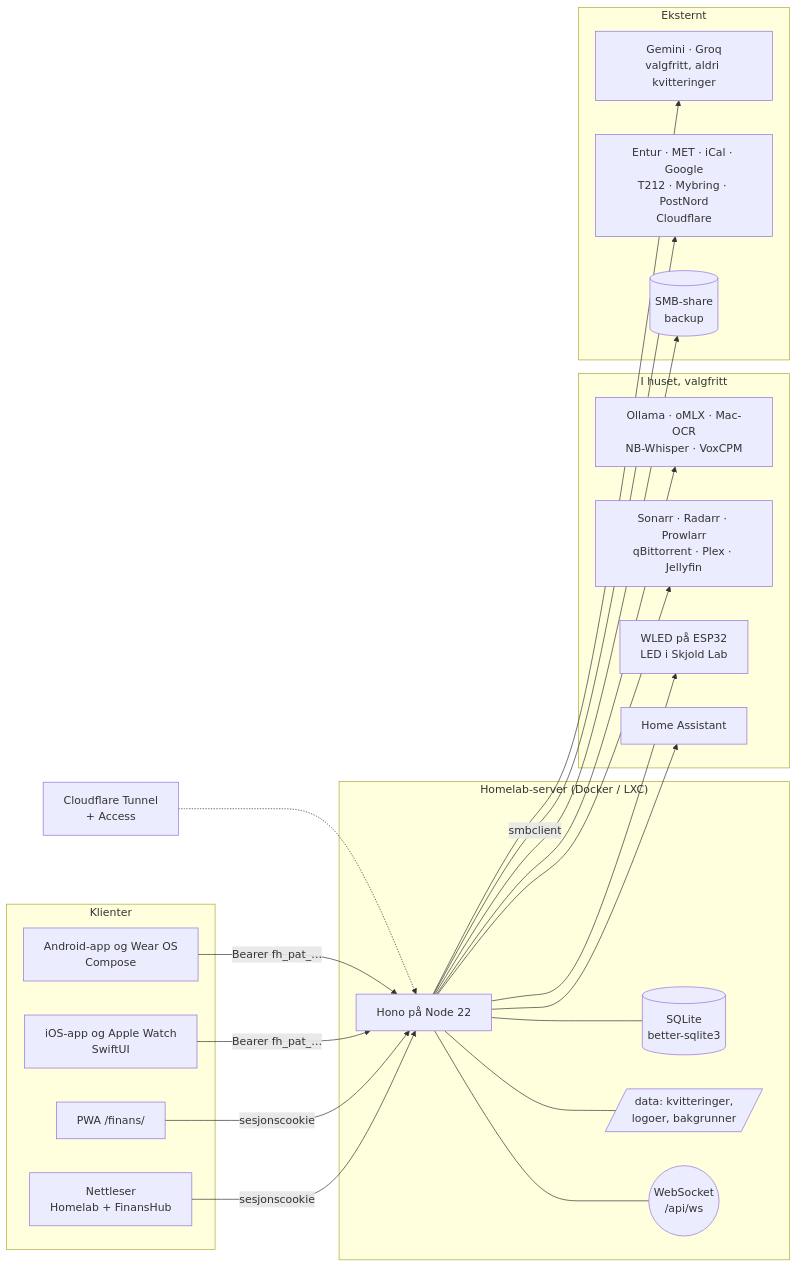
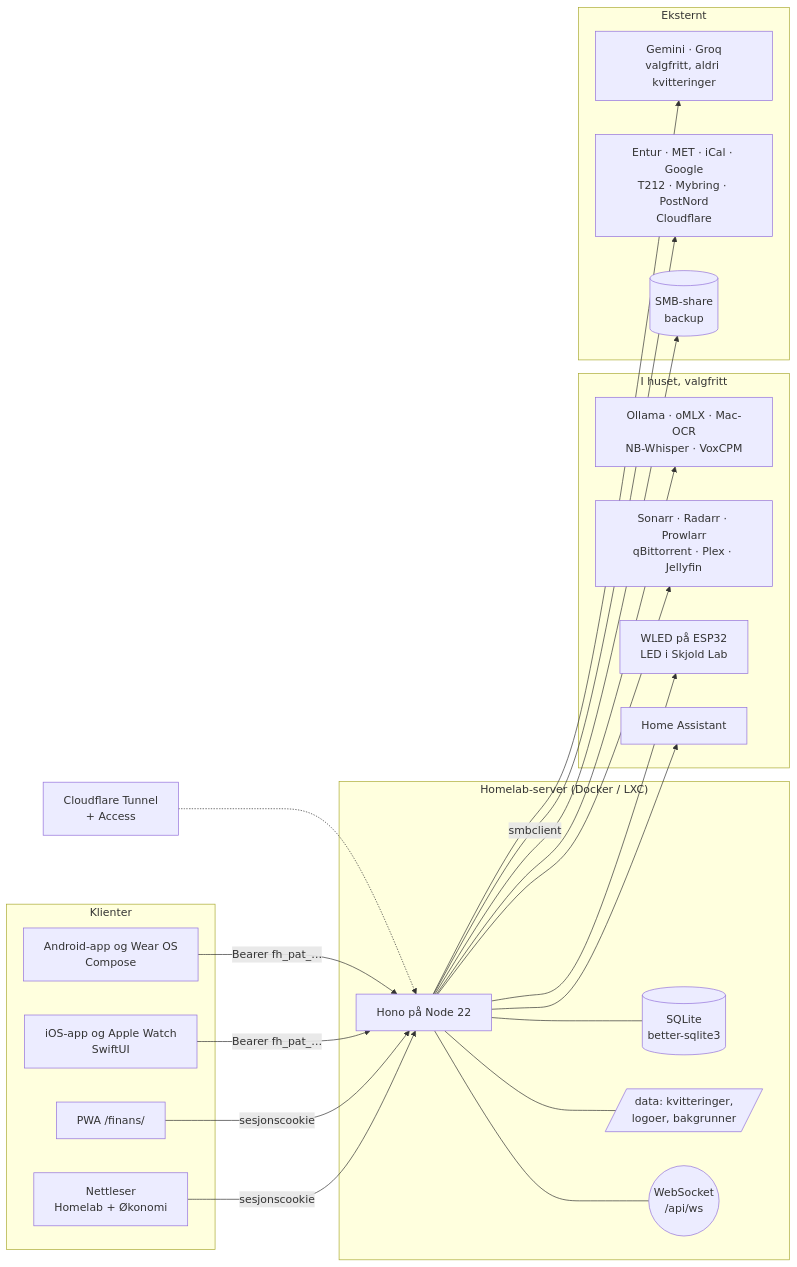
The diagram in README.md (SebastianKristo/torskenes-verden), drawn with Mermaid before and after one commit. The commit also changed other lines of this file and 1 other file, not shown here.

````diff
--- a/README.md
+++ b/README.md
@@ -340,33 +340,33 @@
 ```mermaid
 flowchart LR
   subgraph Klienter
-    B[Nettleser<br/>Homelab + FinansHub]
+    B[Nettleser<br/>Homelab + Økonomi]
     P[PWA /finans/]
     I[iOS-app og Apple Watch<br/>SwiftUI]
     A[Android-app og Wear OS<br/>Compose]
   end
   subgraph Server["Homelab-server (Docker / LXC)"]
     H[Hono på Node 22]
     D[(SQLite<br/>better-sqlite3)]
     F[/data: kvitteringer,<br/>logoer, bakgrunner/]
     W((WebSocket<br/>/api/ws))
   end
   subgraph Huset["I huset, valgfritt"]
     L[Ollama · oMLX · Mac-OCR<br/>NB-Whisper · VoxCPM]
     M[Sonarr · Radarr · Prowlarr<br/>qBittorrent · Plex · Jellyfin]
     E[WLED på ESP32<br/>LED i Skjold Lab]
     HA[Home Assistant]
   end
   subgraph Eksternt
     AI[Gemini · Groq<br/>valgfritt, aldri kvitteringer]
     X[Entur · MET · iCal · Google<br/>T212 · Mybring · PostNord<br/>Cloudflare]
     S[(SMB-share<br/>backup)]
   end
   B & P -- sesjonscookie --> H
   I & A -- Bearer fh_pat_… --> H
   H --- D & F & W
   H --> L & M & E & HA
   H --> AI & X
   H -- smbclient --> S
   CF[Cloudflare Tunnel<br/>+ Access] -.-> H
 ```
````
